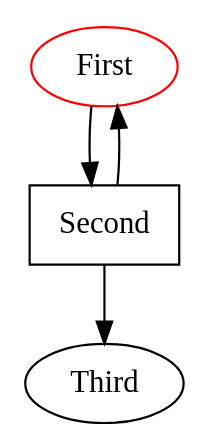
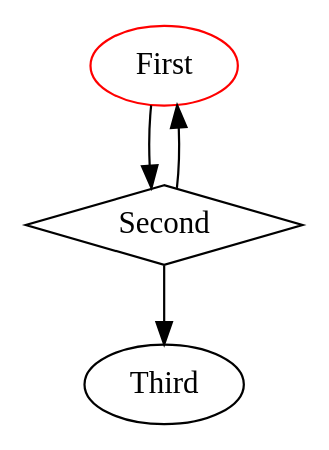
The diagram in examples/test1_1.dot (emden-norfolk/fountainedge), drawn with Graphviz before and after one commit. The commit also changed 12 other files, not shown here.

```diff
--- a/examples/test1_1.dot
+++ b/examples/test1_1.dot
@@ -1,11 +1,11 @@
 digraph G {
 
   v0 [label="First",id="1",shape="oval",color="red"]
-  v1 [label="Second",id="2",shape="box",color="black"]
+  v1 [label="Second",id="2",shape="diamond",color="black"]
   v2 [label="Third",id="3",shape="oval",color="black"]
 
   v0 -> v1
   v1 -> v2
   v1 -> v0
 
 }
```
